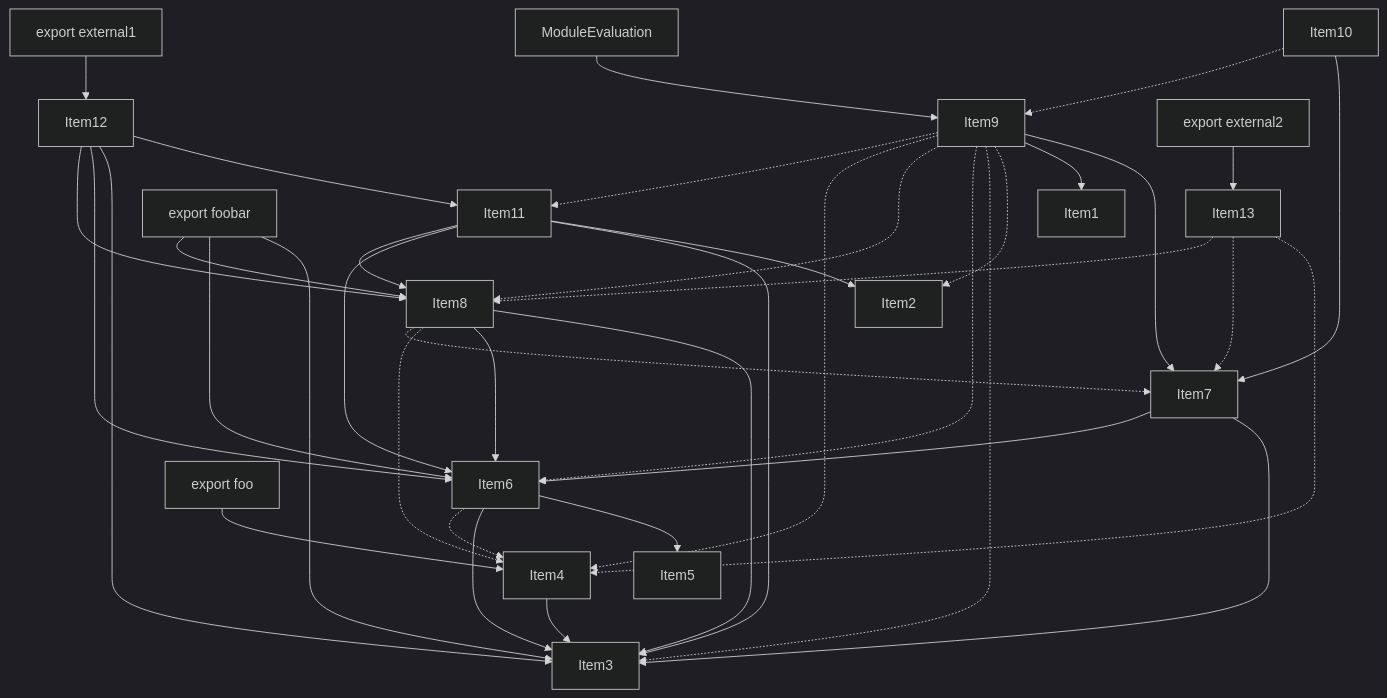
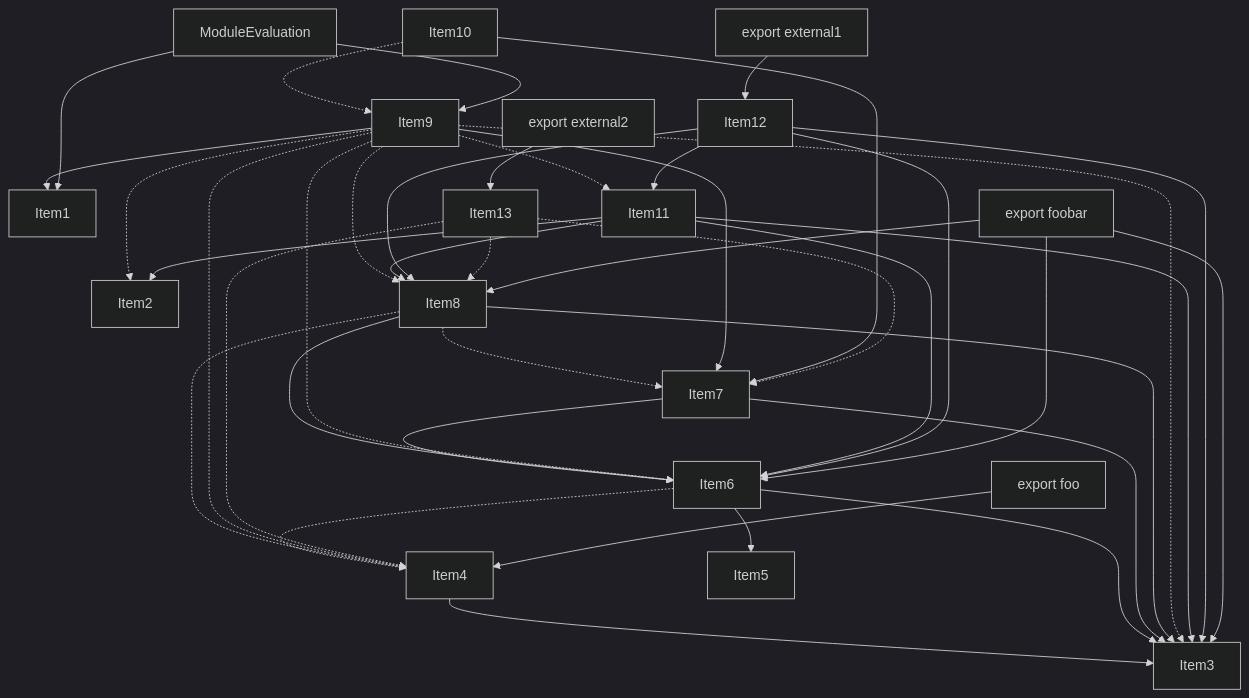
One commit to vercel/turborepo changed the fourth of 5 diagrams in crates/turbopack-ecmascript/tests/tree-shaker/analyzer/1/output.md. Above: the diagram before and after it, drawn with Mermaid (dark theme). The commit also changed 2 other files, not shown here.

Commit message:
Update test refs

````diff
--- a/crates/turbopack-ecmascript/tests/tree-shaker/analyzer/1/output.md
+++ b/crates/turbopack-ecmascript/tests/tree-shaker/analyzer/1/output.md
@@ -273,64 +273,65 @@
 ```mermaid
 graph TD
     Item1;
     Item2;
     Item3;
     Item4;
     Item5;
     Item6;
     Item7;
     Item8;
     Item9;
     Item10;
     Item11;
     Item12;
     Item13;
     Item14;
     Item14["ModuleEvaluation"];
     Item15;
     Item15["export foobar"];
     Item16;
     Item16["export foo"];
     Item17;
     Item17["export external1"];
     Item18;
     Item18["export external2"];
     Item4 --> Item3;
     Item6 --> Item5;
     Item6 --> Item3;
     Item6 -.-> Item4;
     Item7 --> Item3;
     Item7 --> Item6;
     Item8 --> Item3;
     Item8 --> Item6;
     Item8 -.-> Item4;
     Item8 -.-> Item7;
     Item9 --> Item7;
     Item9 --> Item1;
     Item9 -.-> Item2;
     Item9 -.-> Item3;
     Item9 -.-> Item6;
     Item9 -.-> Item8;
     Item9 -.-> Item4;
     Item9 -.-> Item11;
     Item10 --> Item7;
     Item10 -.-> Item9;
     Item11 --> Item2;
     Item11 --> Item3;
     Item11 --> Item6;
     Item11 --> Item8;
     Item12 --> Item11;
     Item12 --> Item3;
     Item12 --> Item6;
     Item12 --> Item8;
     Item13 -.-> Item4;
     Item13 -.-> Item7;
     Item13 -.-> Item8;
+    Item14 --> Item1;
     Item14 --> Item9;
     Item15 --> Item3;
     Item15 --> Item6;
     Item15 --> Item8;
     Item16 --> Item4;
     Item17 --> Item12;
     Item18 --> Item13;
 ```
````
